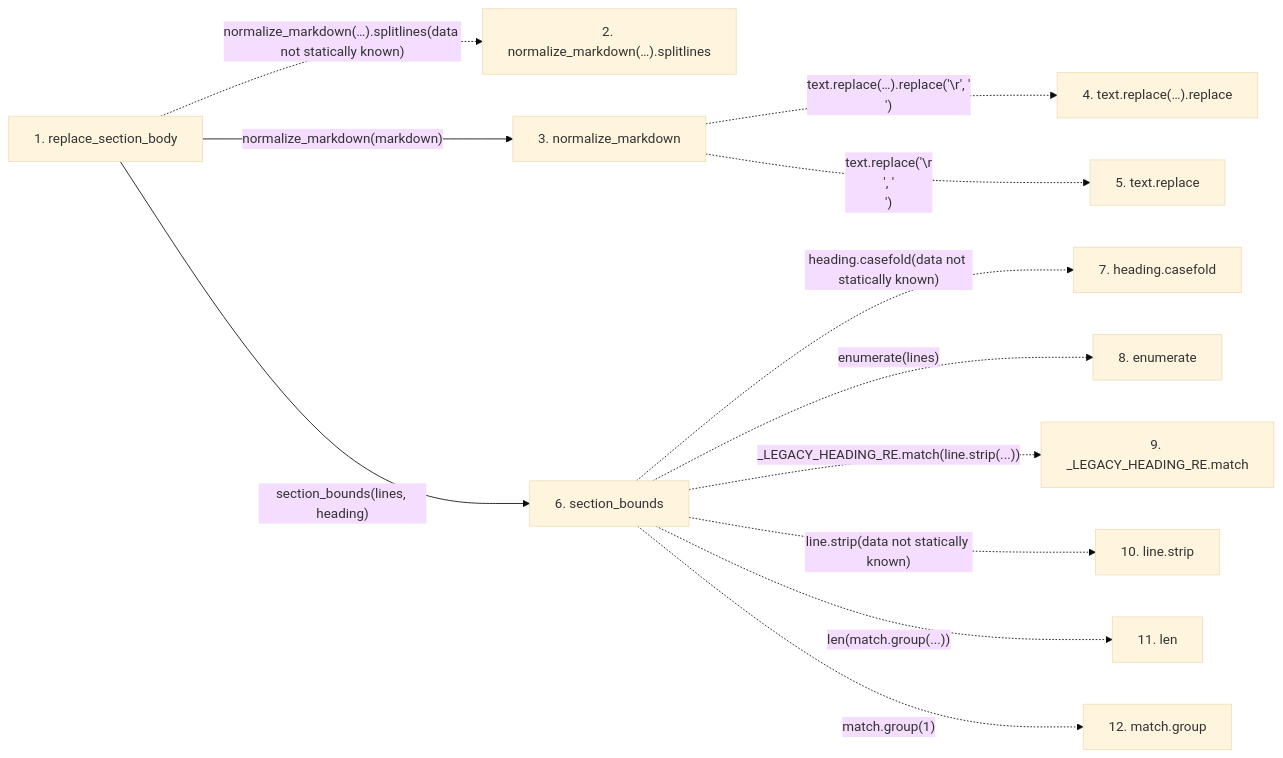
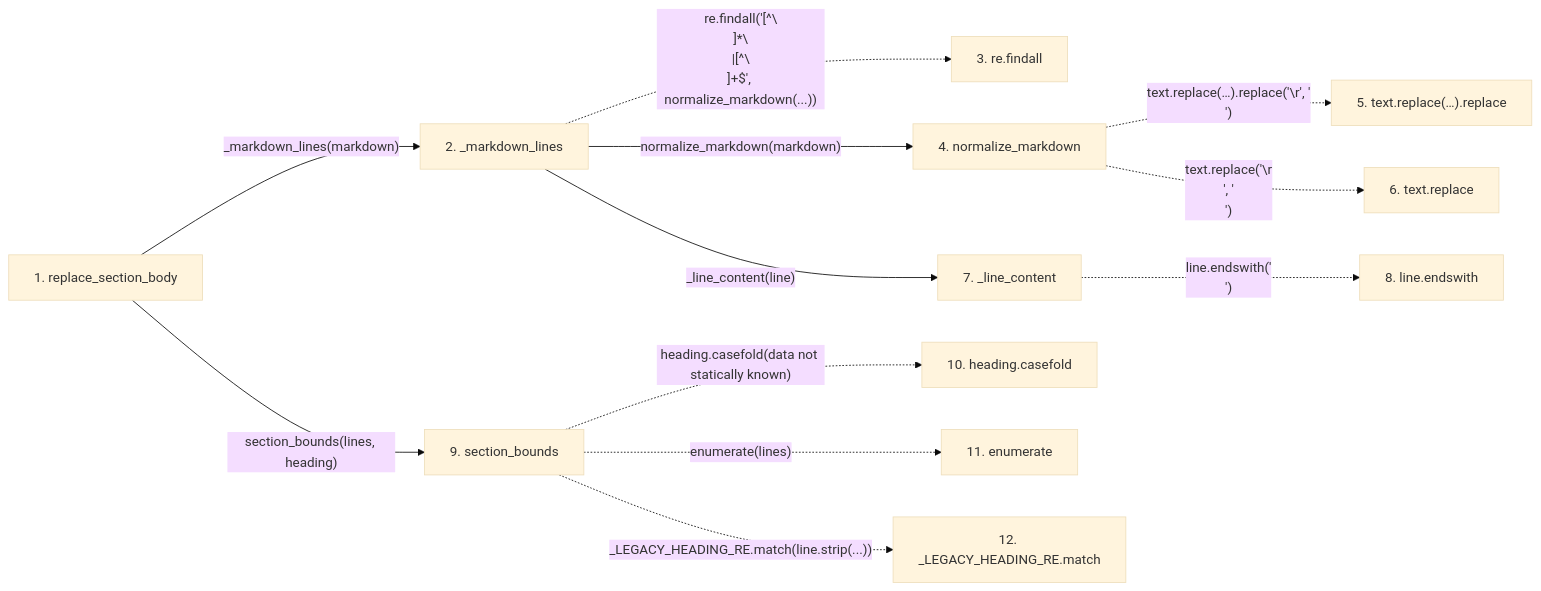
The second of 2 diagrams in docs/llm_wiki/flows/api-replace_section_body.md (Denissvgn/python-wiki-llm), drawn with Mermaid (base theme) before and after one commit. The commit also changed other lines of this file and 292 other files, not shown here.

````diff
--- a/docs/llm_wiki/flows/api-replace_section_body.md
+++ b/docs/llm_wiki/flows/api-replace_section_body.md
@@ -66,29 +71,31 @@
 ```mermaid
 flowchart LR
     s1["1. replace_section_body"]
-    s2["2. normalize_markdown(…).splitlines"]
-    s3["3. normalize_markdown"]
-    s4["4. text.replace(…).replace"]
-    s5["5. text.replace"]
-    s6["6. section_bounds"]
-    s7["7. heading.casefold"]
-    s8["8. enumerate"]
-    s9["9. _LEGACY_HEADING_RE.match"]
-    s10["10. line.strip"]
-    s11["11. len"]
-    s12["12. match.group"]
-    s1 -. "normalize_markdown(…).splitlines(data not statically known)" .-> s2
-    s1 -->|"normalize_markdown(markdown)"| s3
-    s3 -. "text.replace(…).replace('\r', '\n')" .-> s4
-    s3 -. "text.replace('\r\n', '\n')" .-> s5
-    s1 -->|"section_bounds(lines, heading)"| s6
-    s6 -. "heading.casefold(data not statically known)" .-> s7
-    s6 -. "enumerate(lines)" .-> s8
-    s6 -. "_LEGACY_HEADING_RE.match(line.strip(...))" .-> s9
-    s6 -. "line.strip(data not statically known)" .-> s10
-    s6 -. "len(match.group(...))" .-> s11
-    s6 -. "match.group(1)" .-> s12
+    s2["2. _markdown_lines"]
+    s3["3. re.findall"]
+    s4["4. normalize_markdown"]
+    s5["5. text.replace(…).replace"]
+    s6["6. text.replace"]
+    s7["7. _line_content"]
+    s8["8. line.endswith"]
+    s9["9. section_bounds"]
+    s10["10. heading.casefold"]
+    s11["11. enumerate"]
+    s12["12. _LEGACY_HEADING_RE.match"]
+    s1 -->|"_markdown_lines(markdown)"| s2
+    s2 -. "re.findall('[^\\n]*\\n|[^\\n]+$', normalize_markdown(...))" .-> s3
+    s2 -->|"normalize_markdown(markdown)"| s4
+    s4 -. "text.replace(…).replace('\r', '\n')" .-> s5
+    s4 -. "text.replace('\r\n', '\n')" .-> s6
+    s2 -->|"_line_content(line)"| s7
+    s7 -. "line.endswith('\n')" .-> s8
+    s1 -->|"section_bounds(lines, heading)"| s9
+    s9 -. "heading.casefold(data not statically known)" .-> s10
+    s9 -. "enumerate(lines)" .-> s11
+    s9 -. "_LEGACY_HEADING_RE.match(line.strip(...))" .-> s12
     click s1 "../modules/markdown_sections.md"
-    click s3 "../modules/markdown_sections.md"
-    click s6 "../modules/markdown_sections.md"
+    click s2 "../modules/markdown_sections.md"
+    click s4 "../modules/markdown_sections.md"
+    click s7 "../modules/markdown_sections.md"
+    click s9 "../modules/markdown_sections.md"
 ```
````
